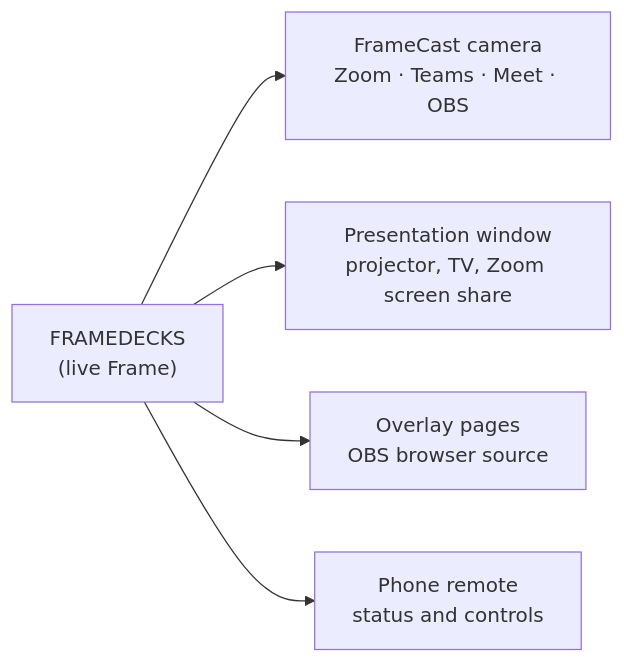
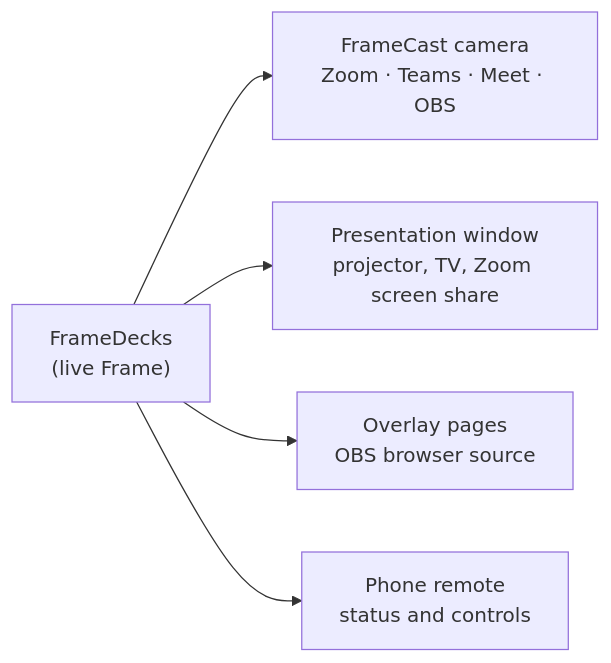
The diagram in docs/presentations.md (mshobin/FrameDecks), drawn with Mermaid before and after one commit. The commit also changed other lines of this file and 366 other files, not shown here.

First line of the commit message:
FrameDecks everywhere: no Kingdom Connect left

````diff
--- a/docs/presentations.md
+++ b/docs/presentations.md
@@ -30,7 +30,7 @@
 ```mermaid
 flowchart LR
-  K["FRAMEDECKS<br/>(live Frame)"] --> CAM["FrameCast camera<br/>Zoom · Teams · Meet · OBS"]
+  K["FrameDecks<br/>(live Frame)"] --> CAM["FrameCast camera<br/>Zoom · Teams · Meet · OBS"]
   K --> PW["Presentation window<br/>projector, TV, Zoom screen share"]
   K --> OV["Overlay pages<br/>OBS browser source"]
   K --> PH["Phone remote<br/>status and controls"]
 ```
````
